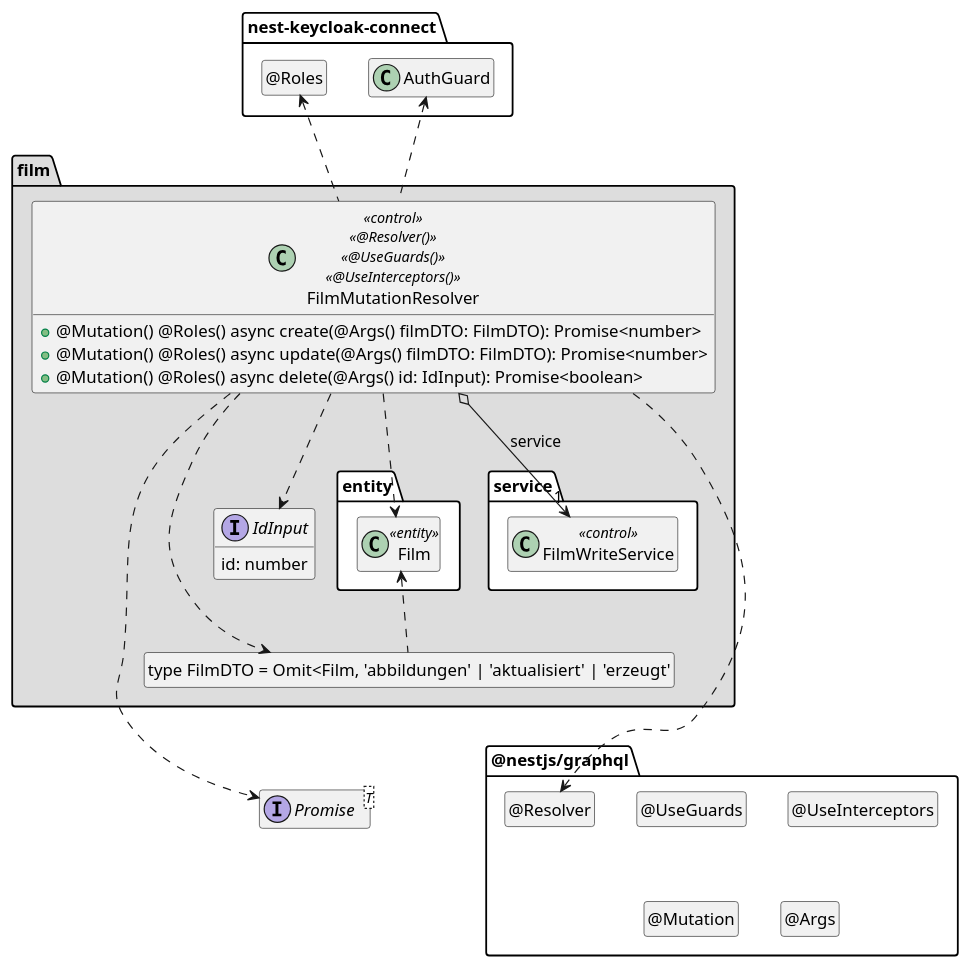
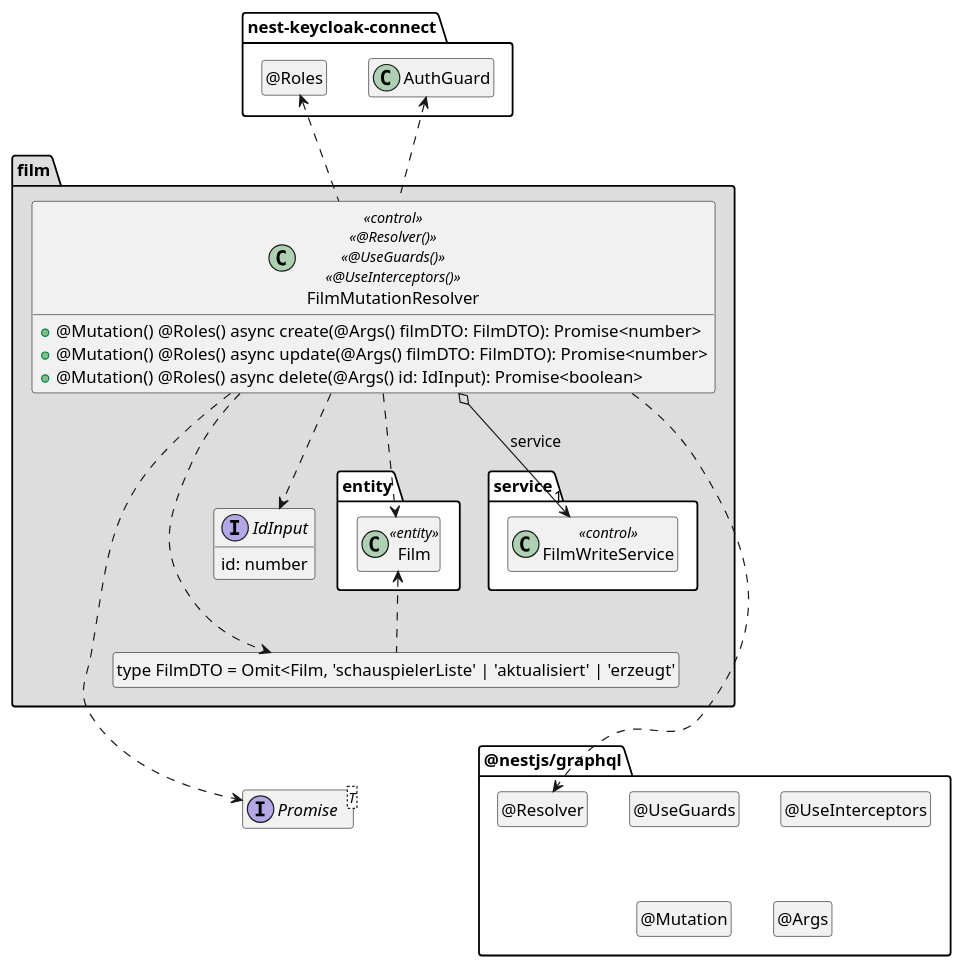
One commit to Drahtesel/film changed the diagram in .extras/doc/projekthandbuch/FilmMutationResolver.plantuml. Above: the diagram before and after it, drawn with PlantUML. The commit also changed 3 other files, not shown here.

Commit message:
plantUml Verbesserungen

```diff
--- a/.extras/doc/projekthandbuch/FilmMutationResolver.plantuml
+++ b/.extras/doc/projekthandbuch/FilmMutationResolver.plantuml
@@ -3,70 +3,70 @@
 @startuml Controller-Klasse
 
 interface Promise<T>
 
 package @nestjs/graphql {
   class "@Resolver" as Resolver
   hide Resolver circle
 
   class "@UseGuards" as UseGuards
   hide UseGuards circle
 
   class "@UseInterceptors" as UseInterceptors
   hide UseInterceptors circle
 
   class "@Mutation" as Mutation
   hide Mutation circle
 
   class "@Args" as Args
   hide Args circle
 }
 
 package nest-keycloak-connect {
   class AuthGuard
 
   class "@Roles" as Roles
   hide Roles circle
 }
 
 package film #DDDDDD {
   package entity #FFFFFF {
     class Film <<entity>>
   }
 
   package service #FFFFFF {
     class FilmWriteService << control >>
   }
 
-  class "type FilmDTO = Omit<Film, 'abbildungen' | 'aktualisiert' | 'erzeugt'" as FilmDTO
+  class "type FilmDTO = Omit<Film, 'schauspielerListe' | 'aktualisiert' | 'erzeugt'" as FilmDTO
   hide FilmDTO circle
 
     interface IdInput {
         id: number
     }
 
   class FilmMutationResolver << control >> << @Resolver() >> << @UseGuards() >> << @UseInterceptors() >> {
     + @Mutation() @Roles() async create(@Args() filmDTO: FilmDTO): Promise<number>
     + @Mutation() @Roles() async update(@Args() filmDTO: FilmDTO): Promise<number>
     + @Mutation() @Roles() async delete(@Args() id: IdInput): Promise<boolean>
   }
 
   FilmMutationResolver o-down-> "1" FilmWriteService : service
 
   FilmMutationResolver ..> Film
   FilmMutationResolver ..> FilmDTO
   FilmMutationResolver ..> IdInput
   FilmDTO .up.> Film
   FilmMutationResolver ..> Promise
   FilmMutationResolver ..> Resolver
 
   FilmMutationResolver .up.> AuthGuard
   FilmMutationResolver .up.> Roles
 
   FilmDTO .[hidden].> Promise
   FilmDTO .[hidden].> Resolver
 }
 
 hide empty members
 
 
 @enduml
```
